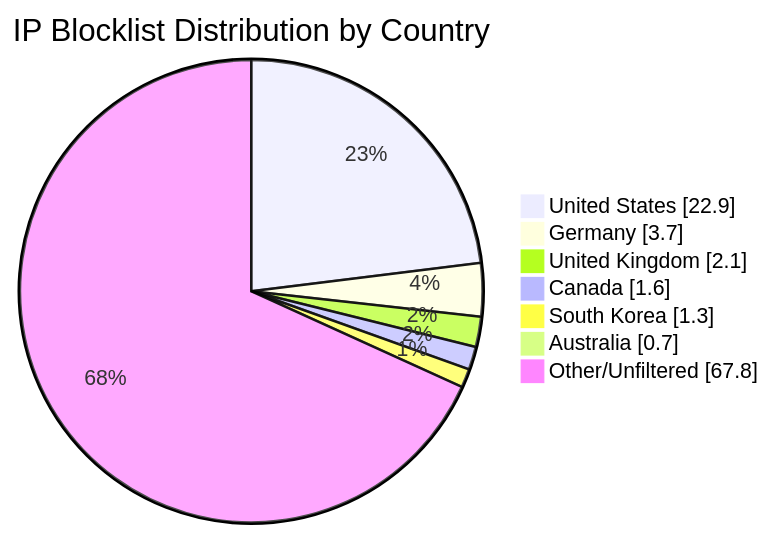
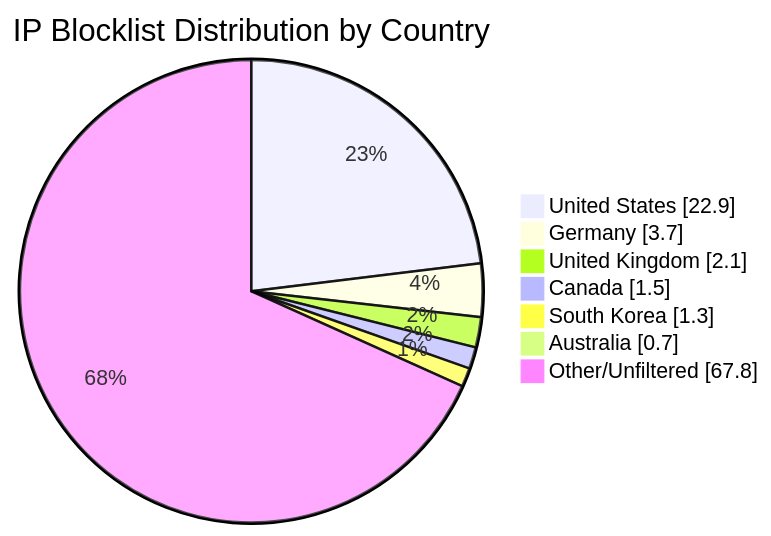
Before and after one commit to MarcusHoltz/ipblocklist-geofiltered-aggregator: the diagram in README.md, drawn with Mermaid. The commit also changed other lines of this file and 9 other files, not shown here.

````diff
--- a/README.md
+++ b/README.md
@@ -34,10 +34,10 @@
 ```mermaid
 pie showData title IP Blocklist Distribution by Country
 "United States" : 22.9
 "Germany" : 3.7
 "United Kingdom" : 2.1
-"Canada" : 1.6
+"Canada" : 1.5
 "South Korea" : 1.3
 "Australia" : 0.7
 "Other/Unfiltered" : 67.8
 ```
````
